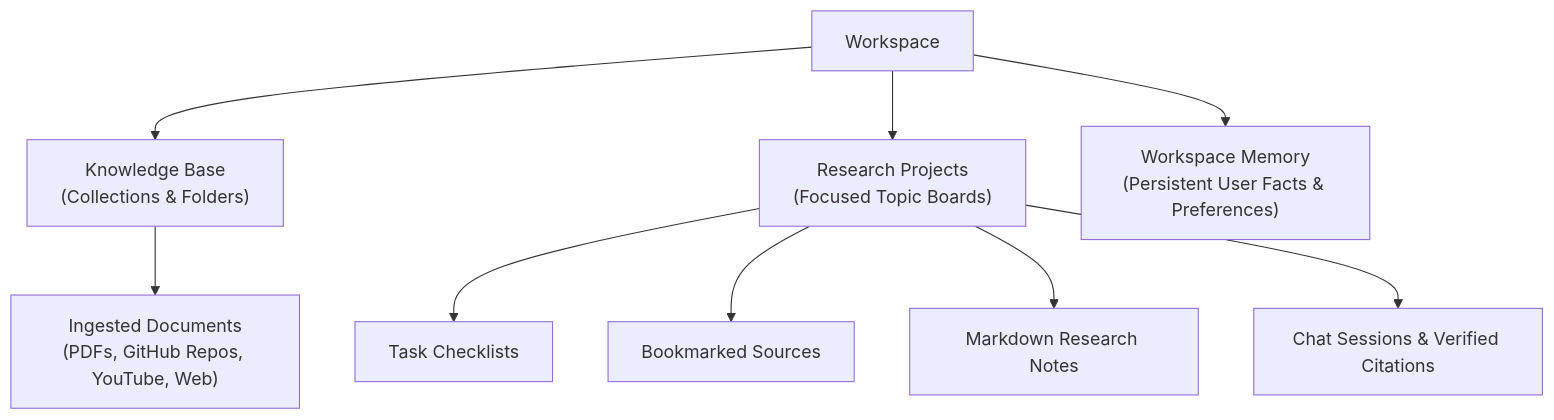
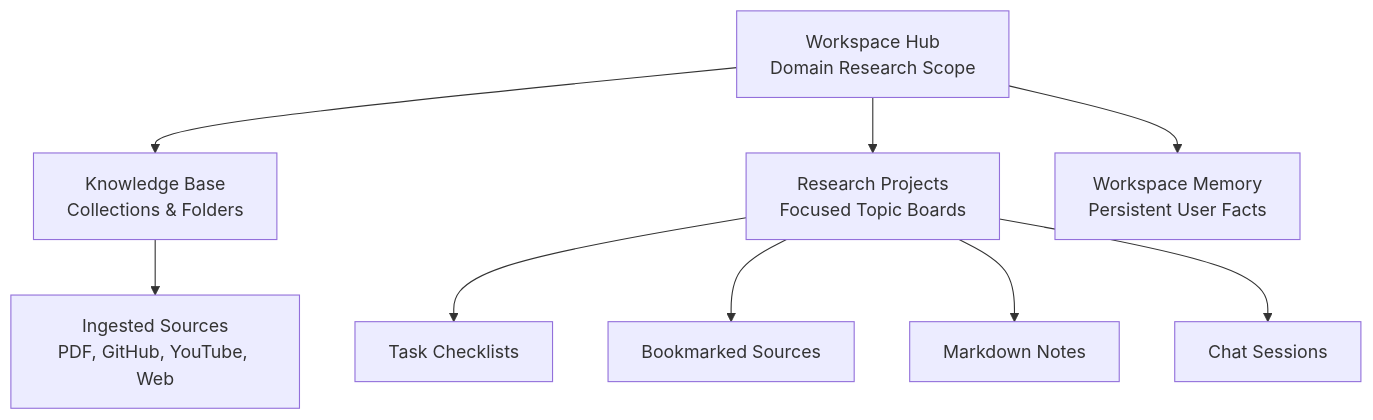
Before and after one commit to Mubeennaa12/ResearchHub: the third of 3 diagrams in README.md, drawn with Mermaid. The commit also changed other lines of this file, not shown here.

Commit message:
updated the diagrams with clear view

````diff
--- a/README.md
+++ b/README.md
@@ -105,13 +136,13 @@
 ```mermaid
 graph TD
-    WS["Workspace"] --> Docs["Knowledge Base<br/>(Collections & Folders)"]
-    WS --> Proj["Research Projects<br/>(Focused Topic Boards)"]
-    WS --> Mem["Workspace Memory<br/>(Persistent User Facts & Preferences)"]
+    WS["Workspace Hub<br/>Domain Research Scope"] --> Docs["Knowledge Base<br/>Collections & Folders"]
+    WS --> Proj["Research Projects<br/>Focused Topic Boards"]
+    WS --> Mem["Workspace Memory<br/>Persistent User Facts"]
 
-    Docs --> Items["Ingested Documents<br/>(PDFs, GitHub Repos, YouTube, Web)"]
+    Docs --> Items["Ingested Sources<br/>PDF, GitHub, YouTube, Web"]
 
     Proj --> T1["Task Checklists"]
     Proj --> T2["Bookmarked Sources"]
-    Proj --> T3["Markdown Research Notes"]
-    Proj --> T4["Chat Sessions & Verified Citations"]
+    Proj --> T3["Markdown Notes"]
+    Proj --> T4["Chat Sessions"]
 ```
````
